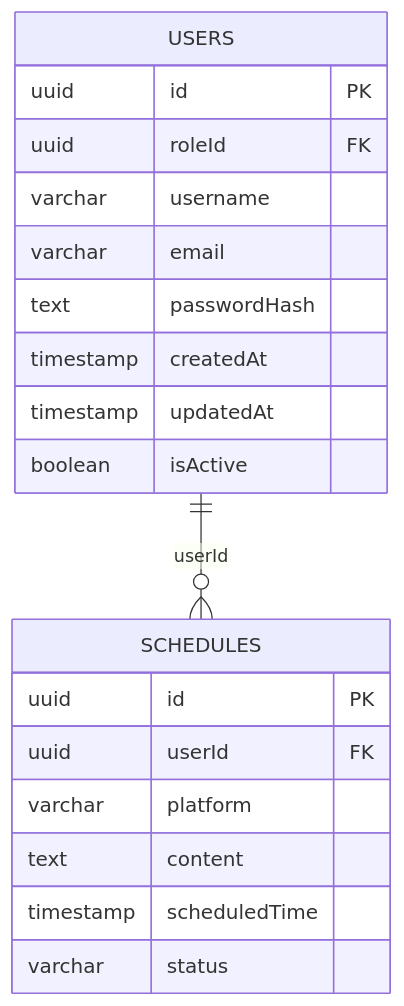
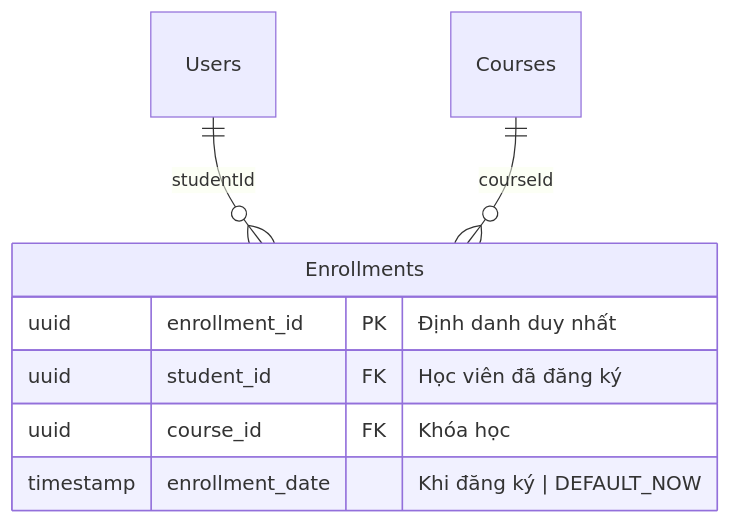
The fifth of 12 diagrams in sources/storage/business-analysis/membership-hub/requirements.md (hainguyen81/enterprise-it-ai), drawn with Mermaid before and after one commit. The commit also changed other lines of this file and 5 other files, not shown here.

````diff
--- a/sources/storage/business-analysis/membership-hub/requirements.md
+++ b/sources/storage/business-analysis/membership-hub/requirements.md
@@ -97,22 +424,11 @@
 ```mermaid
 erDiagram
-    USERS ||--o{ SCHEDULES : "userId"
-    USERS {
-        uuid id PK
-        uuid roleId FK
-        varchar username
-        varchar email
-        text passwordHash
-        timestamp createdAt
-        timestamp updatedAt
-        boolean isActive
+    Enrollments {
+        uuid enrollment_id PK "Định danh duy nhất"
+        uuid student_id FK "Học viên đã đăng ký"
+        uuid course_id FK "Khóa học"
+        timestamp enrollment_date "Khi đăng ký | DEFAULT_NOW"
     }
-    SCHEDULES {
-        uuid id PK
-        uuid userId FK
-        varchar platform
-        text content
-        timestamp scheduledTime
-        varchar status
-    }
+    Users ||--o{ Enrollments : "studentId"
+    Courses ||--o{ Enrollments : "courseId"
 ```
````
